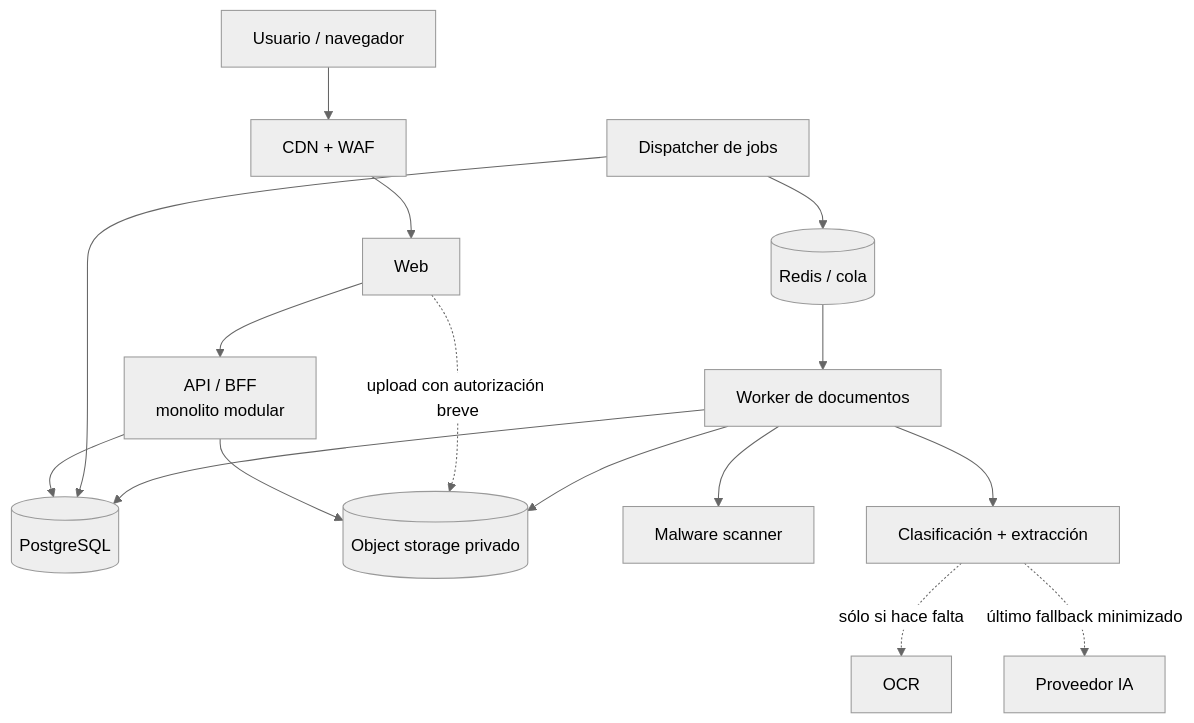
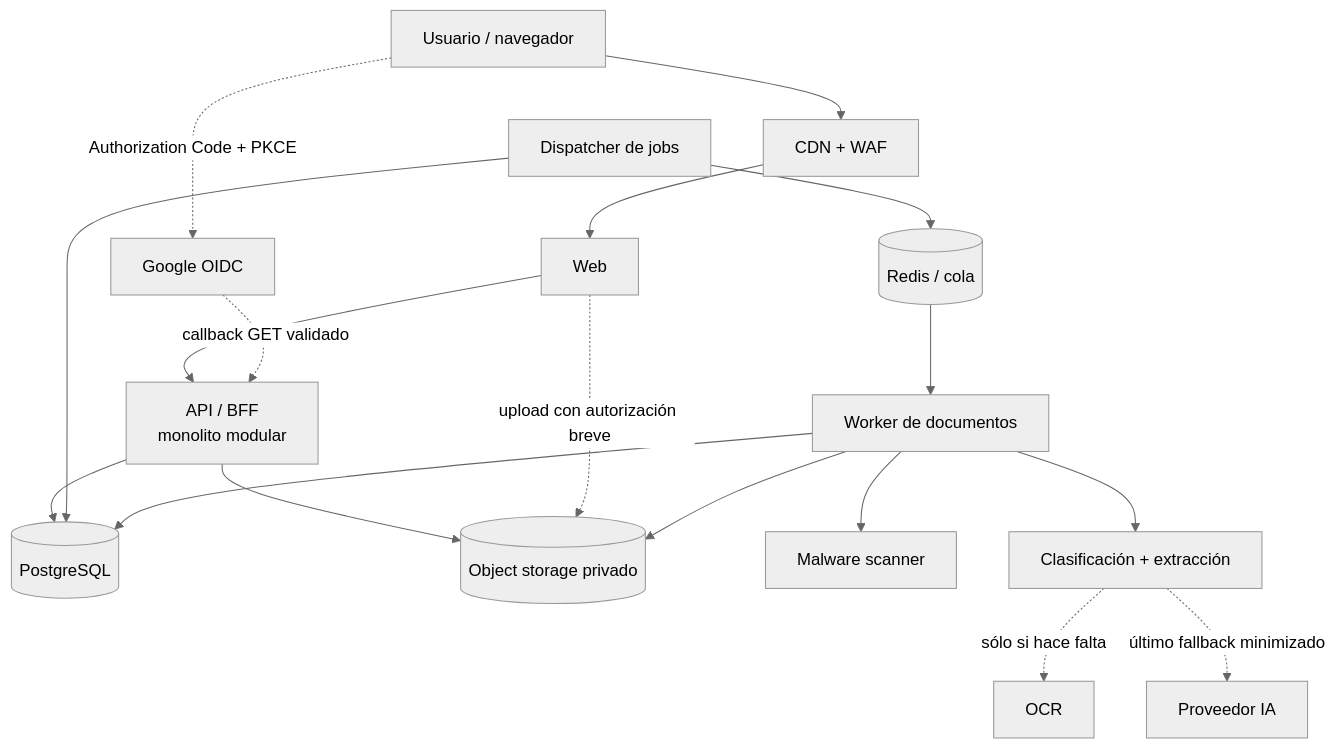
The diagram in docs/architecture/overview.md (SebastianMacaya/Salarivo), drawn with Mermaid (neutral theme) before and after one commit. The commit also changed other lines of this file and 32 other files, not shown here.

Commit message:
feat: add secure Google OIDC authentication

```diff
--- a/docs/architecture/overview.md
+++ b/docs/architecture/overview.md
@@ -16,18 +16,20 @@
 ~~~mermaid
 flowchart TB
     U[Usuario / navegador] --> E[CDN + WAF]
+    U -. Authorization Code + PKCE .-> G[Google OIDC]
     E --> W[Web]
     W --> A[API / BFF<br/>monolito modular]
+    G -. callback GET validado .-> A
     A --> P[(PostgreSQL)]
     A --> O[(Object storage privado)]
     W -. upload con autorización breve .-> O
     J[Dispatcher de jobs] --> P
     J --> Q[(Redis / cola)]
     Q --> K[Worker de documentos]
     K --> O
     K --> M[Malware scanner]
     K --> D[Clasificación + extracción]
     D -. sólo si hace falta .-> R[OCR]
     D -. último fallback minimizado .-> I[Proveedor IA]
     K --> P
 ~~~
```
